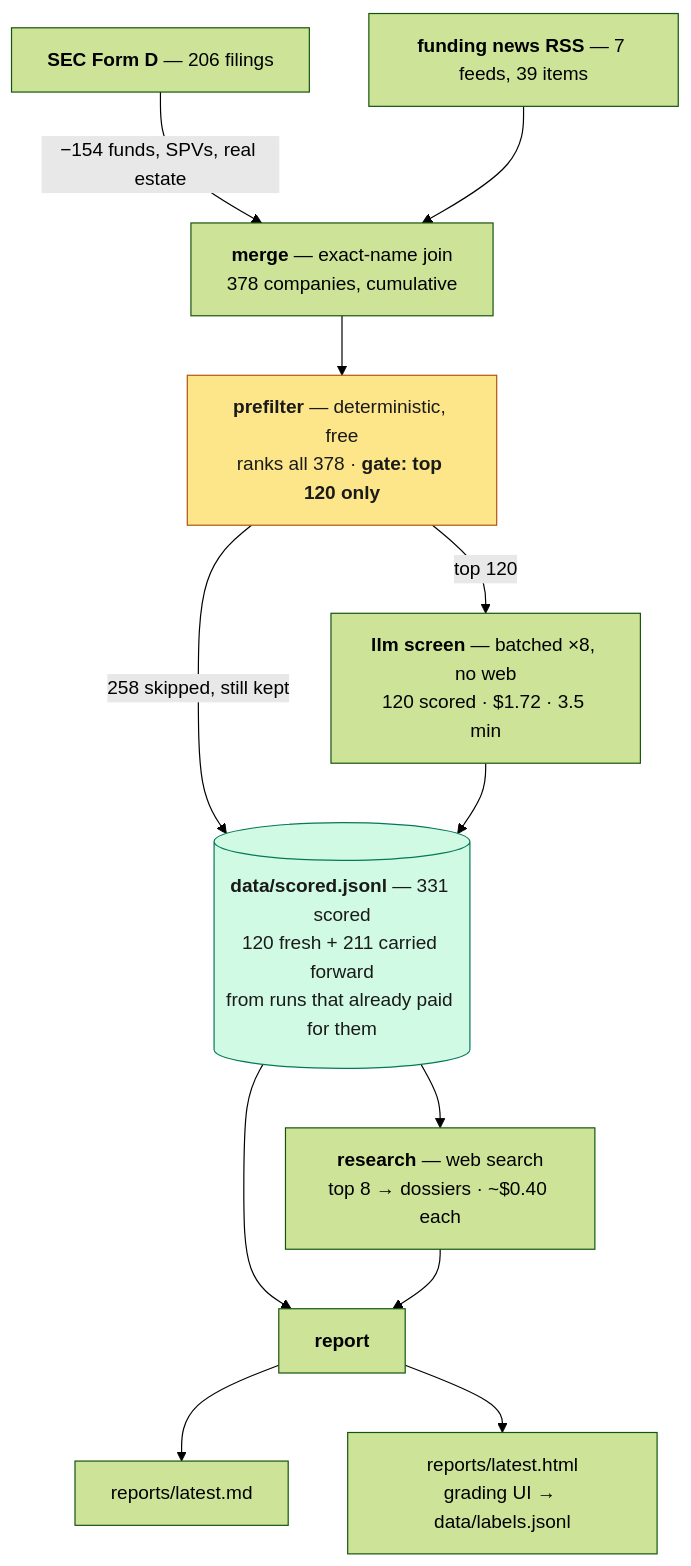
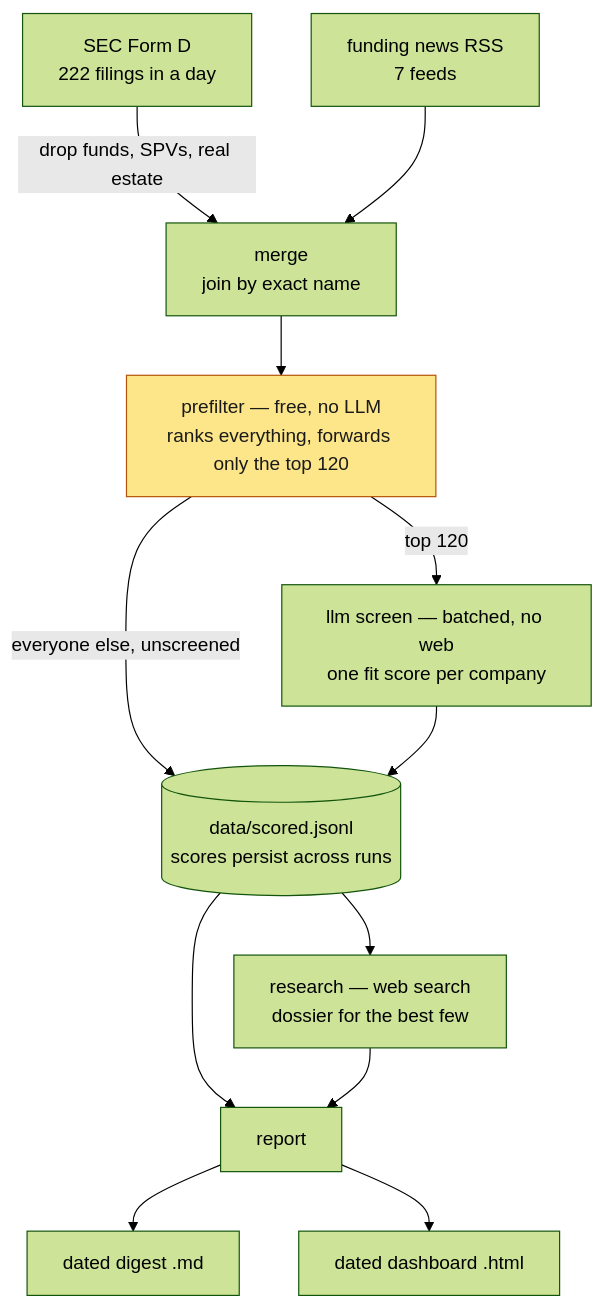
One commit to zerolocker/startup-finder changed the diagram in README.md. Above: the diagram before and after it, drawn with Mermaid (forest theme). The commit also changed other lines of this file and 17 other files, not shown here.

First line of the commit message:
End the ingest window yesterday, and drop the duplicate latest.* reports

````diff
--- a/README.md
+++ b/README.md
@@ -40,20 +38,18 @@
 ```mermaid
 flowchart TD
-    A["<b>SEC Form D</b> — 206 filings"] -->|"−154 funds, SPVs, real estate"| C
-    B["<b>funding news RSS</b> — 7 feeds, 39 items"] --> C
-    C["<b>merge</b> — exact-name join<br/>378 companies, cumulative"] --> D
-    D["<b>prefilter</b> — deterministic, free<br/>ranks all 378 · <b>gate: top 120 only</b>"]
+    A["SEC Form D<br/>222 filings in a day"] -->|"drop funds, SPVs, real estate"| C
+    B["funding news RSS<br/>7 feeds"] --> C
+    C["merge<br/>join by exact name"] --> D
+    D["prefilter — free, no LLM<br/>ranks everything, forwards only the top 120"]
     D -->|"top 120"| E
-    D -->|"258 skipped, still kept"| S
-    E["<b>llm screen</b> — batched ×8, no web<br/>120 scored · $1.72 · 3.5 min"] --> S
-    S[("<b>data/scored.jsonl</b> — 331 scored<br/>120 fresh + 211 carried forward<br/>from runs that already paid for them")]
+    D -->|"everyone else, unscreened"| S
+    E["llm screen — batched, no web<br/>one fit score per company"] --> S
+    S[("data/scored.jsonl<br/>scores persist across runs")]
     S --> F & R
-    F["<b>research</b> — web search<br/>top 8 → dossiers · ~$0.40 each"] --> R
-    R["<b>report</b>"] --> G["reports/latest.md"]
-    R --> H["reports/latest.html<br/>grading UI → data/labels.jsonl"]
+    F["research — web search<br/>dossier for the best few"] --> R
+    R["report"] --> G["dated digest .md"]
+    R --> H["dated dashboard .html"]
 
     classDef gate fill:#fde68a,stroke:#b45309,color:#1a1a19
-    classDef store fill:#d1fae5,stroke:#047857,color:#1a1a19
     class D gate
-    class S store
 ```
````
